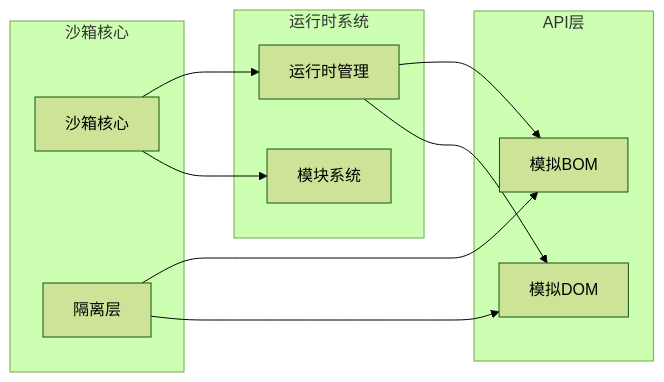
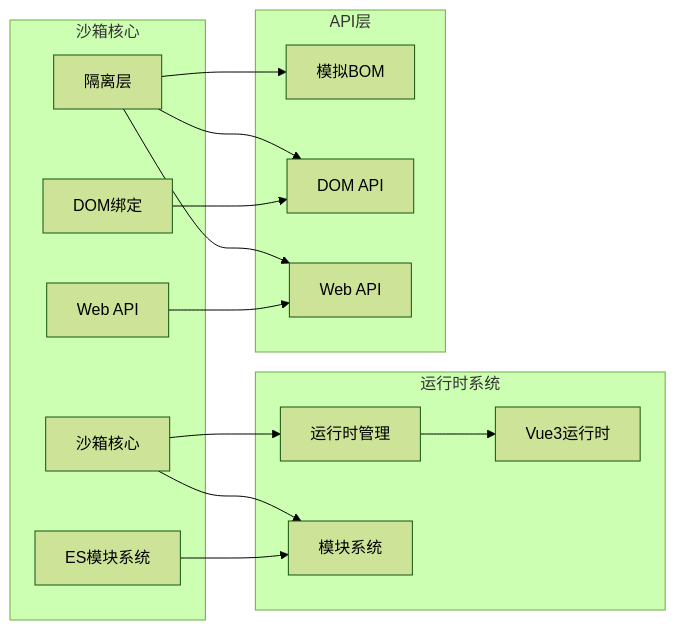
Before and after one commit to itszzl-sudo/iris: diagram 13 of 14 in .qoder/repowiki/zh/content/技术架构详解/JS沙箱运行时.md, drawn with Mermaid (forest theme). The commit also changed other lines of this file and 10 other files, not shown here.

````diff
--- a/.qoder/repowiki/zh/content/技术架构详解/JS沙箱运行时.md
+++ b/.qoder/repowiki/zh/content/技术架构详解/JS沙箱运行时.md
@@ -364,21 +530,29 @@
 ```mermaid
 graph LR
 subgraph "沙箱核心"
 SandboxCore[沙箱核心]
 Isolation[隔离层]
+DOM[DOM绑定]
+ESM[ES模块系统]
+WebAPI[Web API]
 end
 subgraph "运行时系统"
 Runtime[运行时管理]
 ModuleSystem[模块系统]
+VueRuntime[Vue3运行时]
 end
 subgraph "API层"
 BOM[模拟BOM]
-DOM[模拟DOM]
+DOMAPI[DOM API]
+WebAPIs[Web API]
 end
 SandboxCore --> Runtime
 SandboxCore --> ModuleSystem
 Isolation --> BOM
-Isolation --> DOM
-Runtime --> BOM
-Runtime --> DOM
+Isolation --> DOMAPI
+Isolation --> WebAPIs
+DOM --> DOMAPI
+ESM --> ModuleSystem
+WebAPI --> WebAPIs
+Runtime --> VueRuntime
 ```
````
